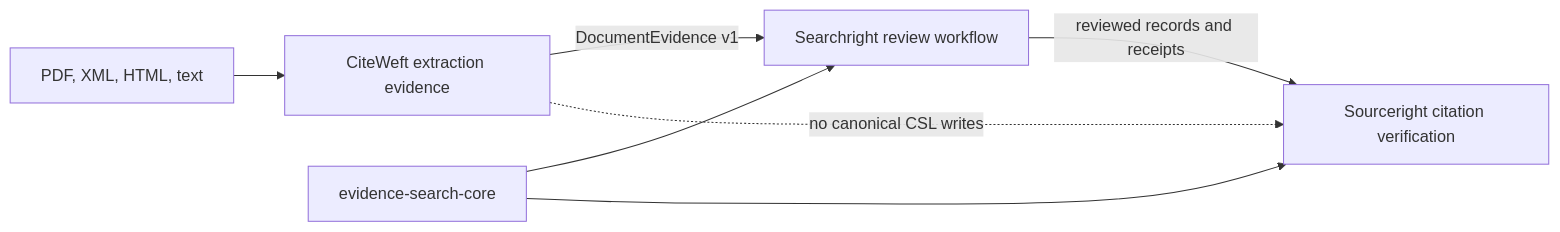
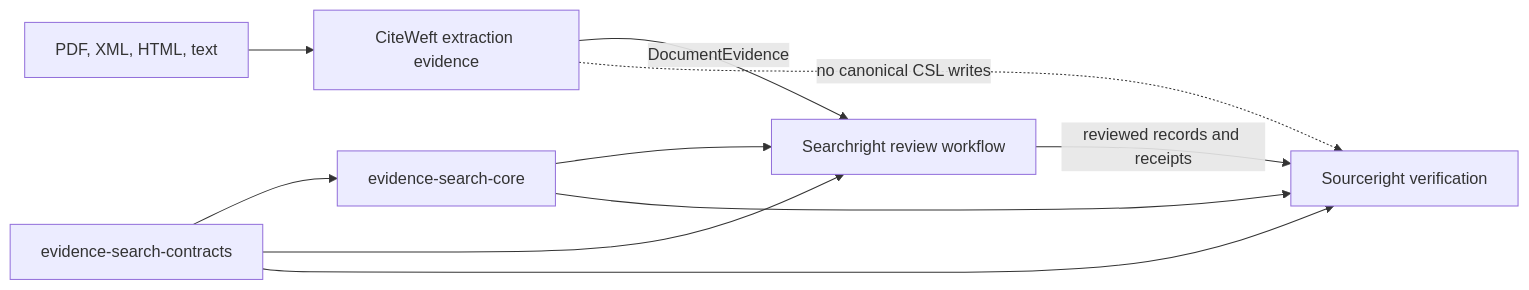
Before and after one commit to edithatogo/searchright: the second of 4 diagrams in docs/architecture.md, drawn with Mermaid. The commit also changed other lines of this file and 451 other files, not shown here.

````diff
--- a/docs/architecture.md
+++ b/docs/architecture.md
@@ -68,9 +71,12 @@
 ```mermaid
 flowchart LR
   DOC[PDF, XML, HTML, text] --> CW[CiteWeft extraction evidence]
-  CW -->|DocumentEvidence v1| SRCH[Searchright review workflow]
-  SRCH -->|reviewed records and receipts| SRIGHT[Sourceright citation verification]
-  CORE[evidence-search-core] --> SRCH
+  CW -->|DocumentEvidence| SRCH[Searchright review workflow]
+  SRCH -->|reviewed records and receipts| SRIGHT[Sourceright verification]
+  CONTRACTS[evidence-search-contracts] --> CORE[evidence-search-core]
+  CONTRACTS --> SRCH
+  CONTRACTS --> SRIGHT
+  CORE --> SRCH
   CORE --> SRIGHT
   CW -. no canonical CSL writes .-> SRIGHT
 ```
````
